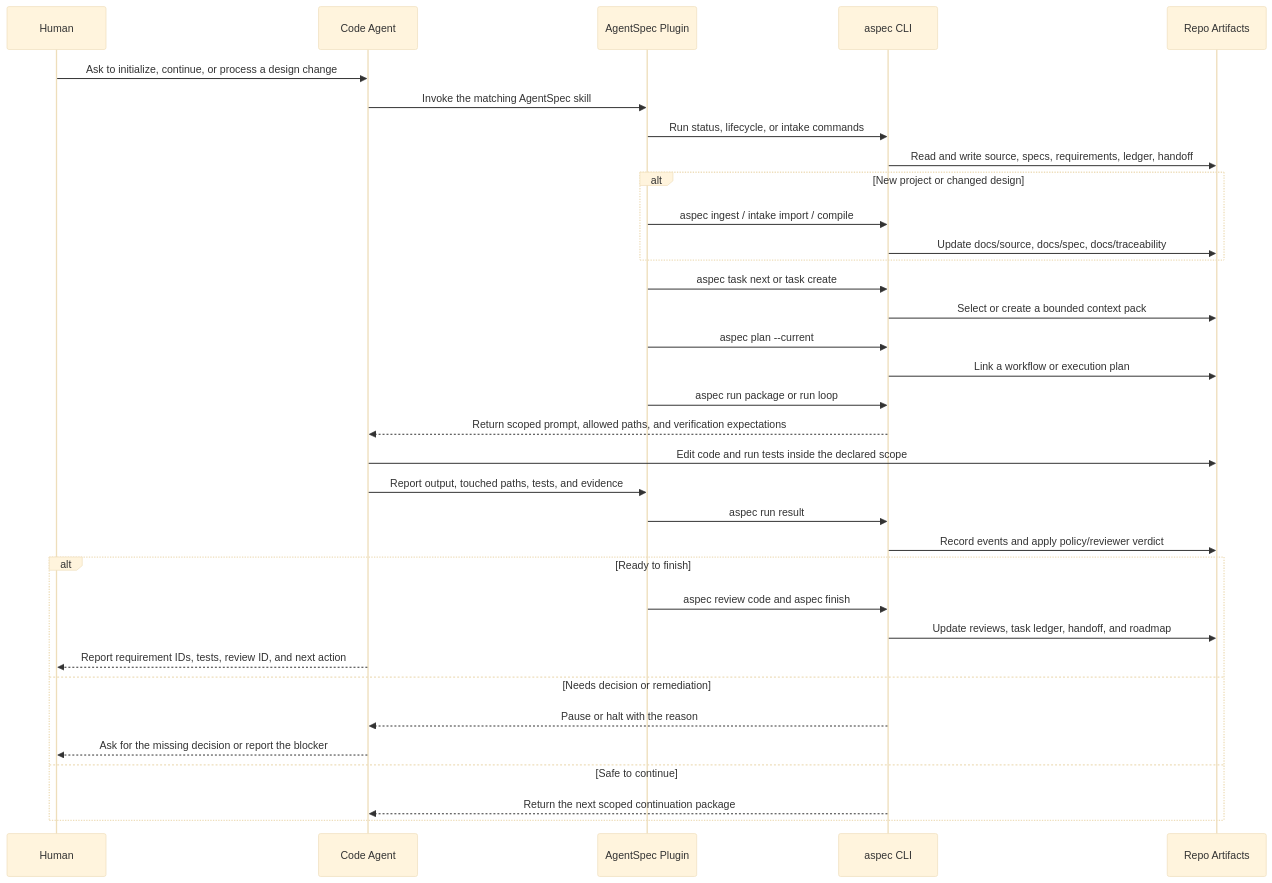
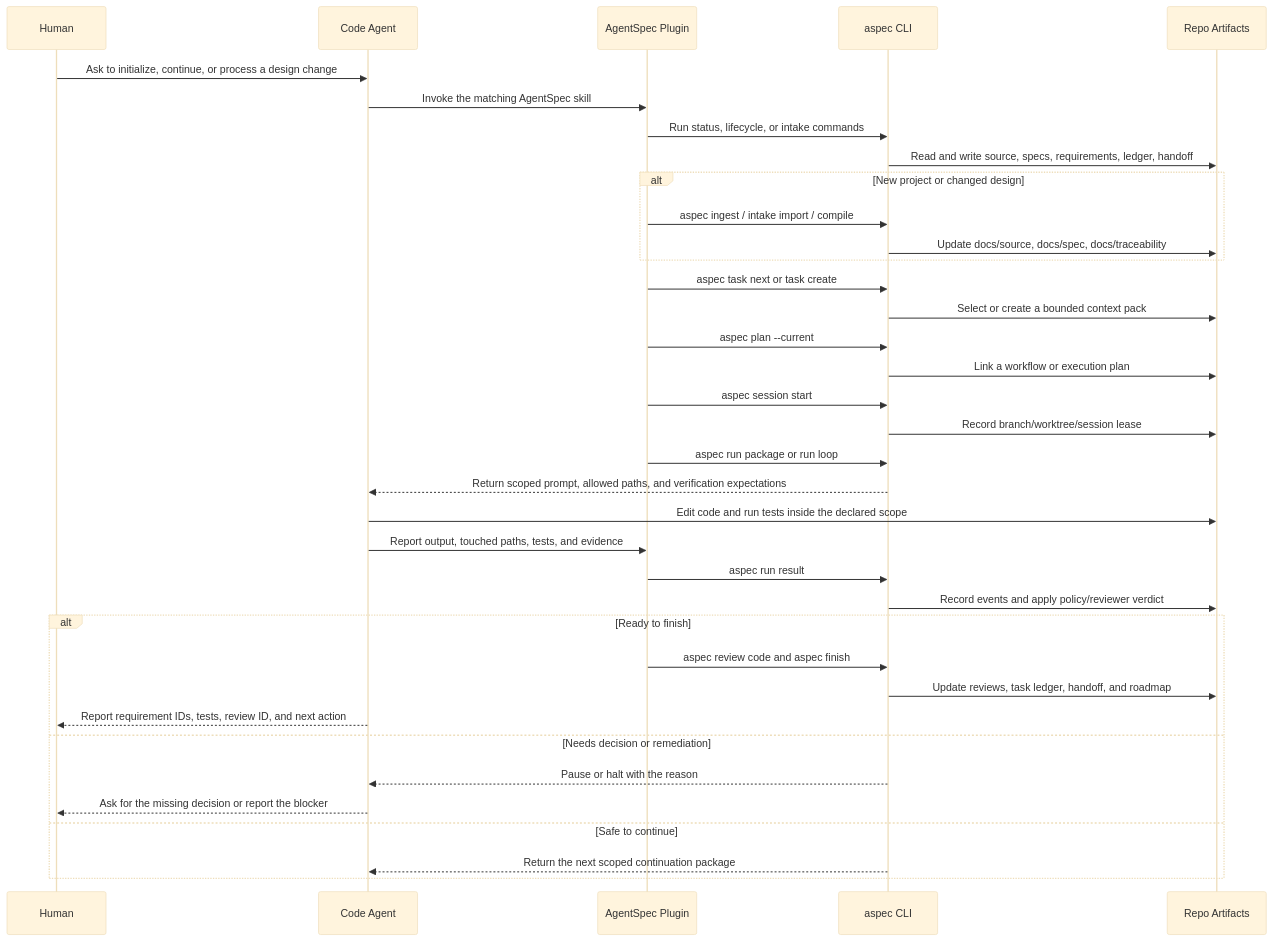
The second of 2 diagrams in docs/GETTING_STARTED.md (yimwoo/agent-spec), drawn with Mermaid (base theme) before and after one commit. The commit also changed other lines of this file and 40 other files, not shown here.

````diff
--- a/docs/GETTING_STARTED.md
+++ b/docs/GETTING_STARTED.md
@@ -101,37 +107,39 @@
 ```mermaid
 sequenceDiagram
   participant H as Human
   participant A as Code Agent
   participant P as AgentSpec Plugin
   participant C as aspec CLI
   participant R as Repo Artifacts
 
   H->>A: Ask to initialize, continue, or process a design change
   A->>P: Invoke the matching AgentSpec skill
   P->>C: Run status, lifecycle, or intake commands
   C->>R: Read and write source, specs, requirements, ledger, handoff
   alt New project or changed design
     P->>C: aspec ingest / intake import / compile
     C->>R: Update docs/source, docs/spec, docs/traceability
   end
   P->>C: aspec task next or task create
   C->>R: Select or create a bounded context pack
   P->>C: aspec plan --current
   C->>R: Link a workflow or execution plan
+  P->>C: aspec session start
+  C->>R: Record branch/worktree/session lease
   P->>C: aspec run package or run loop
   C-->>A: Return scoped prompt, allowed paths, and verification expectations
   A->>R: Edit code and run tests inside the declared scope
   A->>P: Report output, touched paths, tests, and evidence
   P->>C: aspec run result
   C->>R: Record events and apply policy/reviewer verdict
   alt Ready to finish
     P->>C: aspec review code and aspec finish
     C->>R: Update reviews, task ledger, handoff, and roadmap
     A-->>H: Report requirement IDs, tests, review ID, and next action
   else Needs decision or remediation
     C-->>A: Pause or halt with the reason
     A-->>H: Ask for the missing decision or report the blocker
   else Safe to continue
     C-->>A: Return the next scoped continuation package
   end
 ```
````
